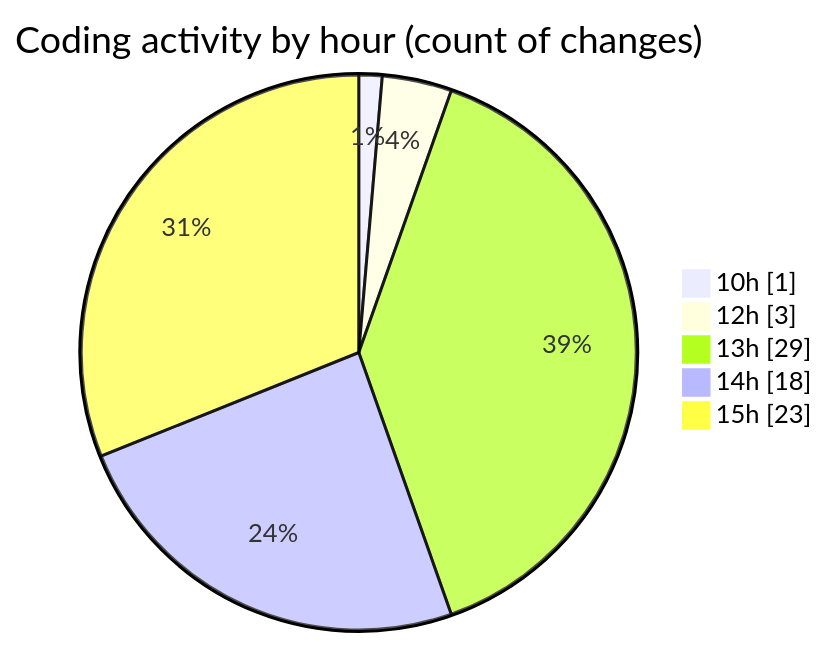
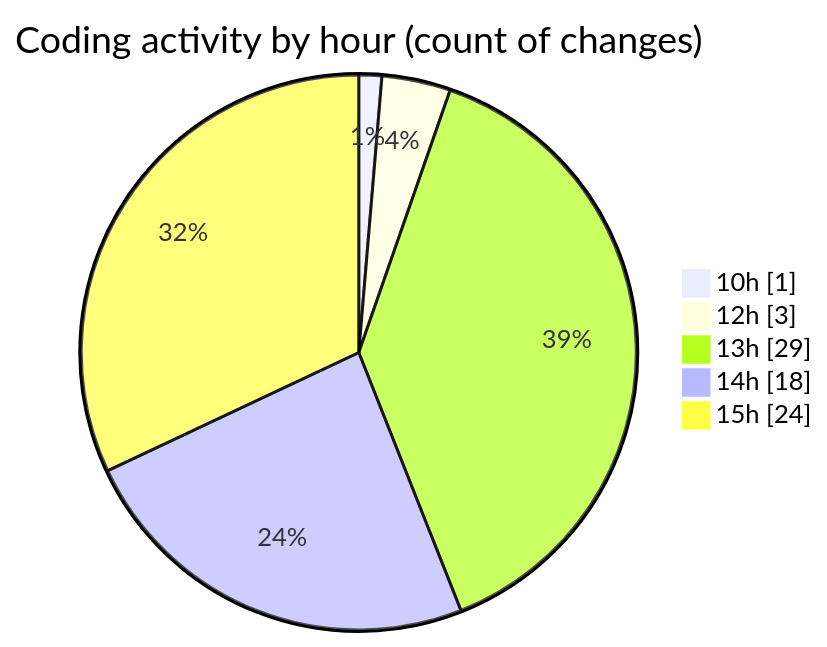
The second of 2 diagrams in 2025-08-01/cda/README.md (momahboobian/code-tracking), drawn with Mermaid before and after one commit. The commit also changed other lines of this file and 1 other file, not shown here.

````diff
--- a/2025-08-01/cda/README.md
+++ b/2025-08-01/cda/README.md
@@ -28,9 +28,9 @@
 ```mermaid
 pie showData
 title Coding activity by hour (count of changes)
 "10h" : 1
 "12h" : 3
 "13h" : 29
 "14h" : 18
-"15h" : 23
+"15h" : 24
 ```
````
